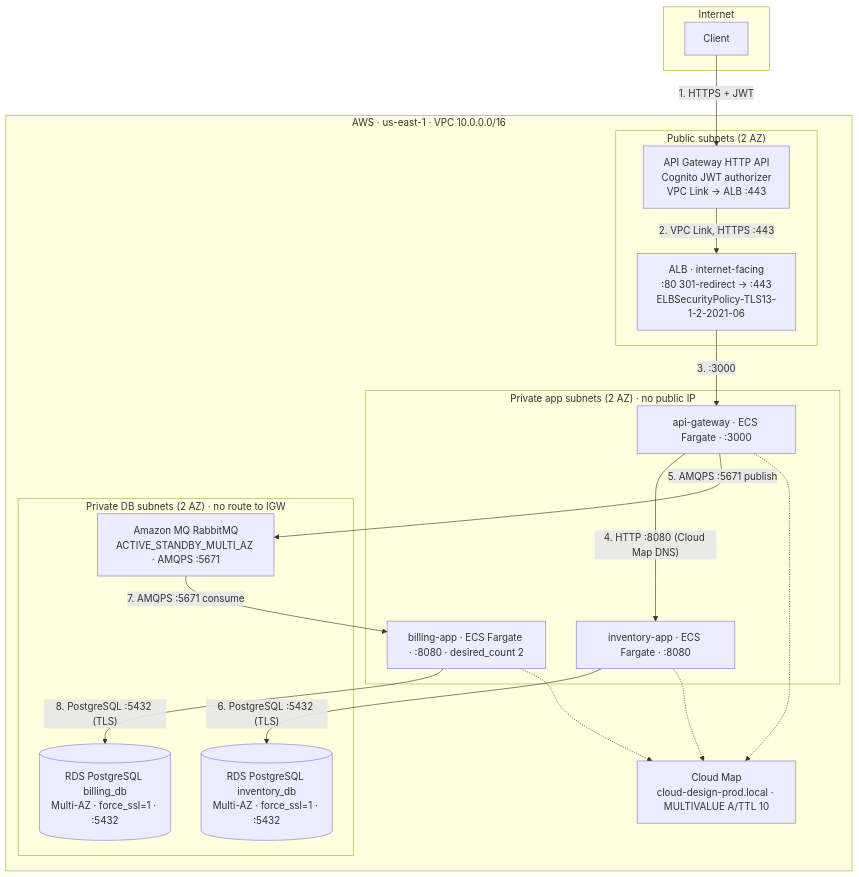
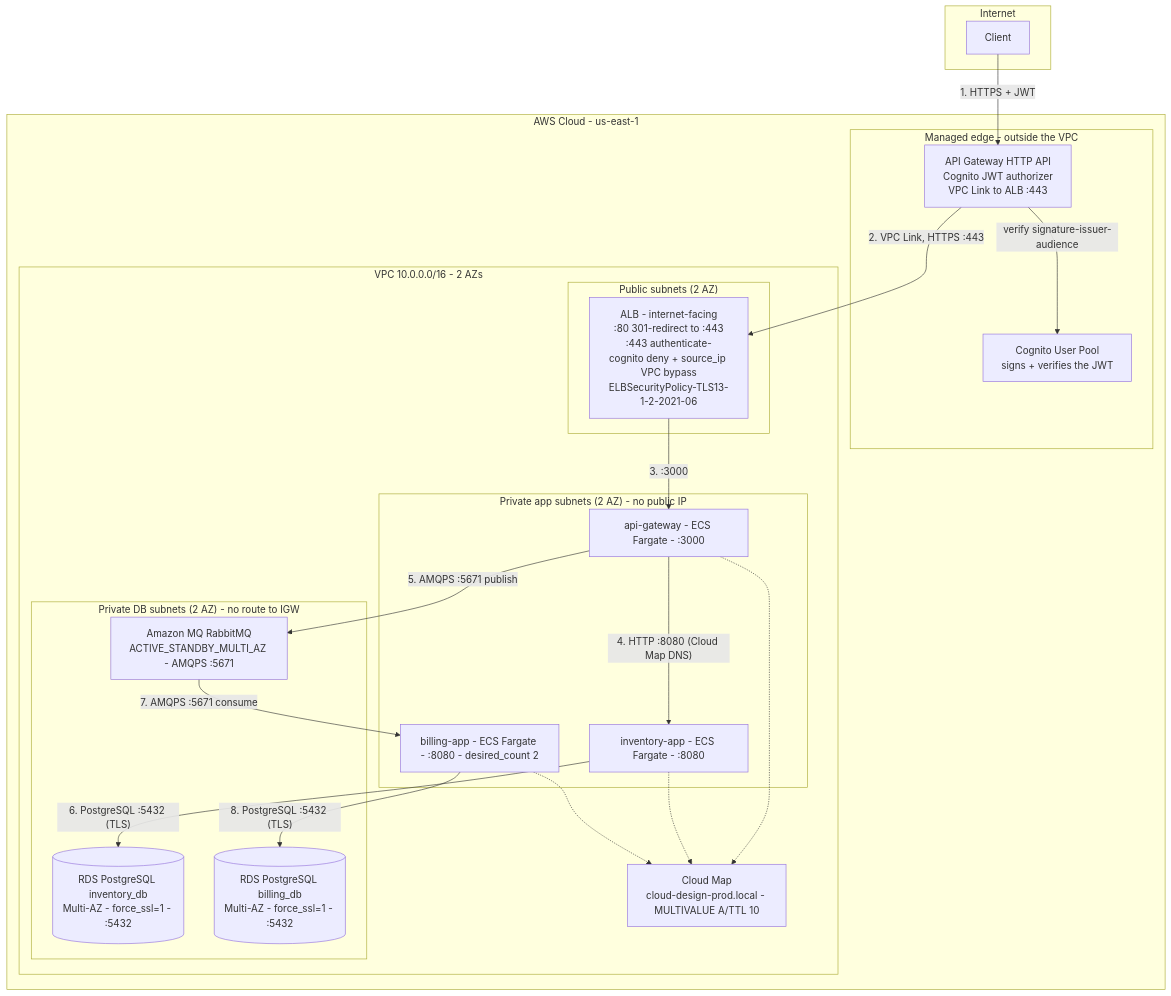
Before and after one commit to ertval/cloud-design: the diagram in docs/AUDIT_GUIDE.md, drawn with Mermaid. The commit also changed other lines of this file and 11 other files, not shown here.

````diff
--- a/docs/AUDIT_GUIDE.md
+++ b/docs/AUDIT_GUIDE.md
@@ -269,34 +279,40 @@
 ```mermaid
 flowchart TD
     subgraph Internet
         Client["Client"]
     end
-    subgraph AWS["AWS · us-east-1 · VPC 10.0.0.0/16"]
-        subgraph Pub["Public subnets (2 AZ)"]
-            ALB["ALB · internet-facing<br/>:80 301-redirect → :443<br/>ELBSecurityPolicy-TLS13-1-2-2021-06"]
-            APIGW["API Gateway HTTP API<br/>Cognito JWT authorizer<br/>VPC Link → ALB :443"]
+    subgraph AWS["AWS Cloud - us-east-1"]
+        subgraph Edge["Managed edge - outside the VPC"]
+            APIGW["API Gateway HTTP API<br/>Cognito JWT authorizer<br/>VPC Link to ALB :443"]
+            Cognito["Cognito User Pool<br/>signs + verifies the JWT"]
         end
-        subgraph App["Private app subnets (2 AZ) · no public IP"]
-            GW["api-gateway · ECS Fargate · :3000"]
-            INV["inventory-app · ECS Fargate · :8080"]
-            BILL["billing-app · ECS Fargate · :8080 · desired_count 2"]
+        subgraph VPC["VPC 10.0.0.0/16 - 2 AZs"]
+            subgraph Pub["Public subnets (2 AZ)"]
+                ALB["ALB - internet-facing<br/>:80 301-redirect to :443<br/>:443 authenticate-cognito deny + source_ip VPC bypass<br/>ELBSecurityPolicy-TLS13-1-2-2021-06"]
+            end
+        subgraph App["Private app subnets (2 AZ) - no public IP"]
+            GW["api-gateway - ECS Fargate - :3000"]
+            INV["inventory-app - ECS Fargate - :8080"]
+            BILL["billing-app - ECS Fargate - :8080 - desired_count 2"]
         end
-        subgraph Data["Private DB subnets (2 AZ) · no route to IGW"]
-            IDB[("RDS PostgreSQL inventory_db<br/>Multi-AZ · force_ssl=1 · :5432")]
-            BDB[("RDS PostgreSQL billing_db<br/>Multi-AZ · force_ssl=1 · :5432")]
-            MQ["Amazon MQ RabbitMQ<br/>ACTIVE_STANDBY_MULTI_AZ · AMQPS :5671"]
+        subgraph Data["Private DB subnets (2 AZ) - no route to IGW"]
+            IDB[("RDS PostgreSQL inventory_db<br/>Multi-AZ - force_ssl=1 - :5432")]
+            BDB[("RDS PostgreSQL billing_db<br/>Multi-AZ - force_ssl=1 - :5432")]
+            MQ["Amazon MQ RabbitMQ<br/>ACTIVE_STANDBY_MULTI_AZ - AMQPS :5671"]
         end
-        CM["Cloud Map<br/>cloud-design-prod.local · MULTIVALUE A/TTL 10"]
+        CM["Cloud Map<br/>cloud-design-prod.local - MULTIVALUE A/TTL 10"]
+        end
     end
     Client -->|"1. HTTPS + JWT"| APIGW
+    APIGW -->|"verify signature-issuer-audience"| Cognito
     APIGW -->|"2. VPC Link, HTTPS :443"| ALB
     ALB -->|"3. :3000"| GW
     GW -->|"4. HTTP :8080 (Cloud Map DNS)"| INV
     GW -->|"5. AMQPS :5671 publish"| MQ
     INV -->|"6. PostgreSQL :5432 (TLS)"| IDB
     MQ -->|"7. AMQPS :5671 consume"| BILL
     BILL -->|"8. PostgreSQL :5432 (TLS)"| BDB
     GW -.-> CM
     INV -.-> CM
     BILL -.-> CM
 ```
````
